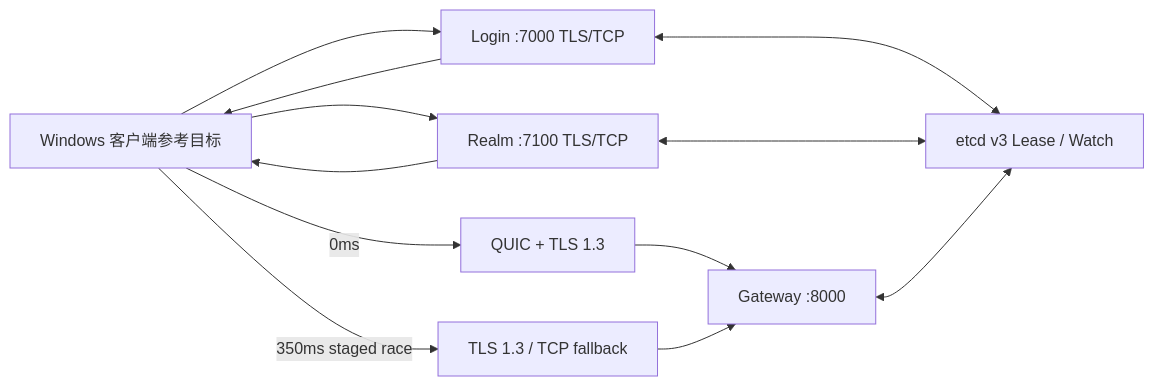
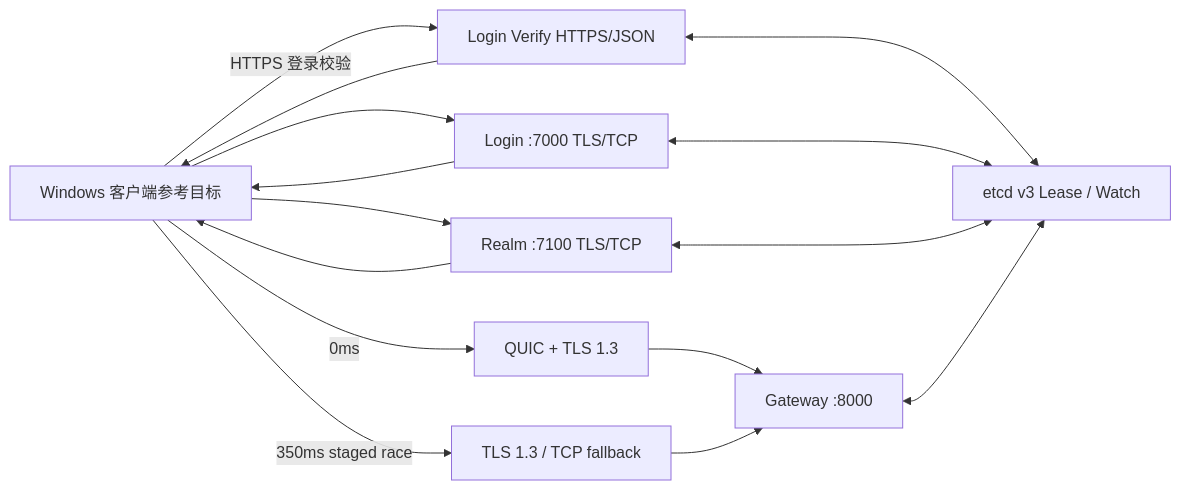
Before and after one commit to lvivvde/RealmMesh: the first of 4 diagrams in docs/architecture.md, drawn with Mermaid. The commit also changed other lines of this file and 26 other files, not shown here.

First line of the commit message:
feat(login_verify): 登录健全服 (#41)

````diff
--- a/docs/architecture.md
+++ b/docs/architecture.md
@@ -5,18 +5,21 @@
 ```mermaid
 flowchart LR
     Client[Windows 客户端参考目标]
+    LoginVerify[Login Verify HTTPS/JSON]
     Login[Login :7000 TLS/TCP]
     Realm[Realm :7100 TLS/TCP]
     Gateway[Gateway :8000]
     Quic[QUIC + TLS 1.3]
     TlsTcp[TLS 1.3 / TCP fallback]
     Etcd[etcd v3 Lease / Watch]
 
+    Client -->|HTTPS 登录校验| LoginVerify --> Client
     Client --> Login --> Client
     Client --> Realm --> Client
     Client -->|0ms| Quic --> Gateway
     Client -->|350ms staged race| TlsTcp --> Gateway
+    LoginVerify <--> Etcd
     Login <--> Etcd
     Realm <--> Etcd
     Gateway <--> Etcd
 ```
````
